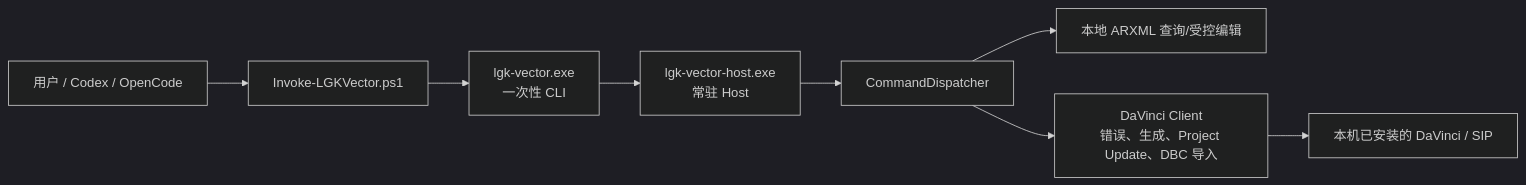
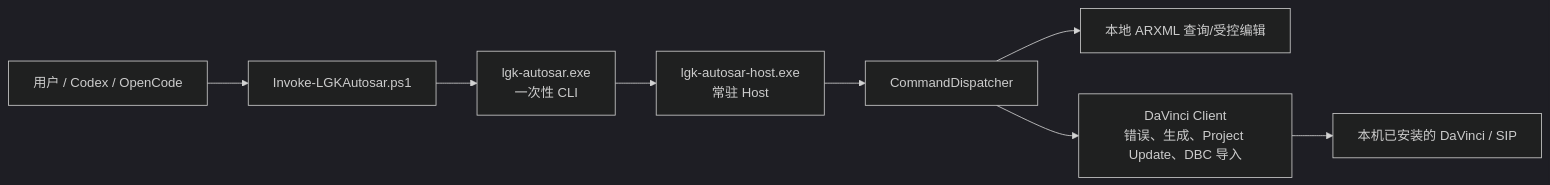
One commit to qudh666666-web/LGK-AUTOSAR changed the diagram in docs/对话衔接与项目现状.md. Above: the diagram before and after it, drawn with Mermaid (dark theme). The commit also changed other lines of this file and 43 other files, not shown here.

Commit message:
feat!: rename product to LGK-AUTOSAR

````diff
--- a/docs/对话衔接与项目现状.md
+++ b/docs/对话衔接与项目现状.md
@@ -365,10 +365,10 @@
 ```mermaid
 flowchart LR
-    A["用户 / Codex / OpenCode"] --> B["Invoke-LGKVector.ps1"]
-    B --> C["lgk-vector.exe\n一次性 CLI"]
-    C --> D["lgk-vector-host.exe\n常驻 Host"]
+    A["用户 / Codex / OpenCode"] --> B["Invoke-LGKAutosar.ps1"]
+    B --> C["lgk-autosar.exe\n一次性 CLI"]
+    C --> D["lgk-autosar-host.exe\n常驻 Host"]
     D --> E["CommandDispatcher"]
     E --> F["本地 ARXML 查询/受控编辑"]
     E --> G["DaVinci Client\n错误、生成、Project Update、DBC 导入"]
     G --> H["本机已安装的 DaVinci / SIP"]
 ```
````
